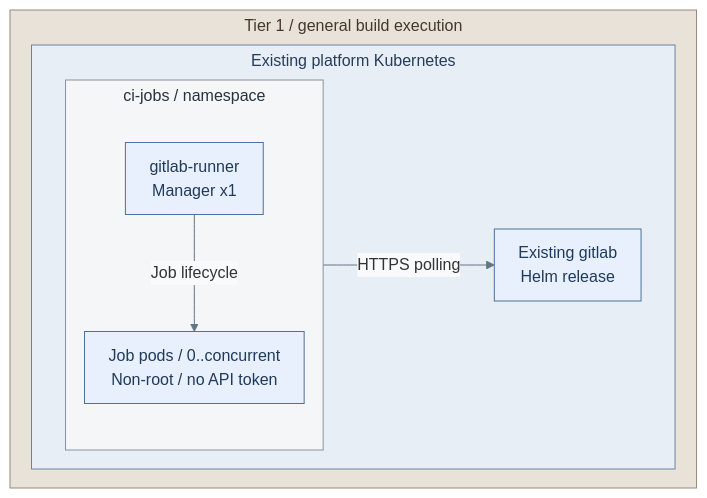
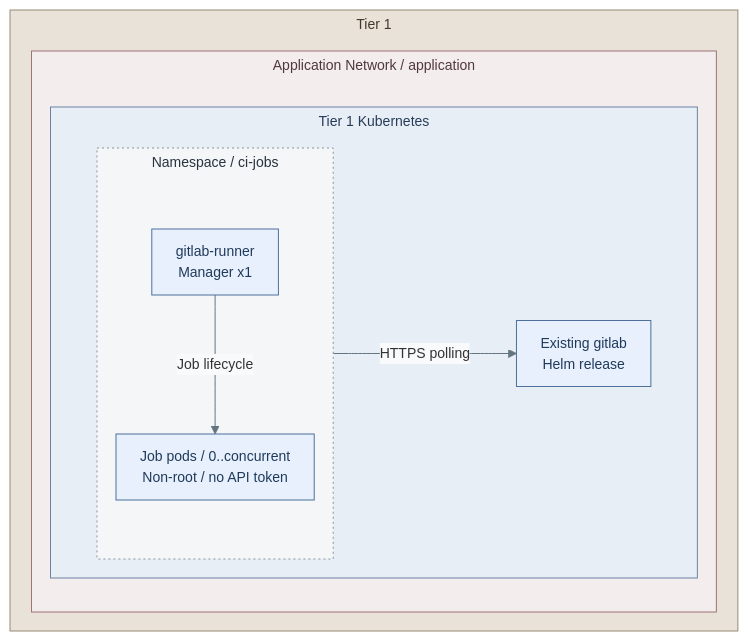
Before and after one commit to Rexus/homelab: the third of 4 diagrams in docs/03-deployment/stage-9-development/README.md, drawn with Mermaid. The commit also changed other lines of this file and 124 other files, not shown here.

First line of the commit message:
fix(platform): align service diagrams and directory failover

````diff
--- a/docs/03-deployment/stage-9-development/README.md
+++ b/docs/03-deployment/stage-9-development/README.md
@@ -431,27 +454,32 @@
 ```mermaid
-%%{init: {"theme":"base","flowchart":{"nodeSpacing":18,"rankSpacing":18,"padding":12,"subGraphTitleMargin":{"top":4,"bottom":12}},"themeVariables":{"lineColor":"#627581","edgeLabelBackground":"#f8fafc"}}}%%
+%%{init: {"theme":"base","flowchart":{"nodeSpacing":18,"rankSpacing":18,"padding":12,"subGraphTitleMargin":{"top":4,"bottom":18}},"themeVariables":{"lineColor":"#627581","edgeLabelBackground":"#f8fafc","fontFamily":"Arial, sans-serif","fontSize":"14px"},"fontFamily":"Arial, sans-serif"}}%%
 flowchart TB
-  subgraph T1["Tier 1 / general build execution"]
+  subgraph T1["Tier 1"]
     direction LR
-    subgraph Cluster["Existing platform Kubernetes"]
-      direction LR
-      subgraph CI["ci-jobs / namespace"]
-        direction TB
-        Manager["gitlab-runner<br/>Manager x1"]
-        Jobs["Job pods / 0..concurrent<br/>Non-root / no API token"]
-        Manager -->|Job lifecycle| Jobs
+    subgraph ApplicationNetwork["Application Network / application"]
+      subgraph Cluster["Tier 1 Kubernetes"]
+        direction LR
+        subgraph CI["Namespace / ci-jobs"]
+          direction TB
+          Manager["gitlab-runner<br/>Manager x1"]
+          Jobs["Job pods / 0..concurrent<br/>Non-root / no API token"]
+          Manager -->|Job lifecycle| Jobs
+        end
+        Git["Existing gitlab<br/>Helm release"]
+        Manager -->|HTTPS polling| Git
       end
-      Git["Existing gitlab<br/>Helm release"]
-      CI -->|HTTPS polling| Git
     end
   end
   classDef default fill:#f8fafc,stroke:#64748b,color:#1f2937
   classDef services fill:#e7f0fc,stroke:#4d719b,color:#203a5b
-  classDef group fill:#f5f6f7,stroke:#89939e,color:#273340
+  classDef group fill:#f5f6f7,stroke:#89939e,color:#273340,stroke-dasharray:2 3
   classDef kubernetes fill:#e8eef6,stroke:#6b83a3,color:#263d59
   class Git,Manager,Jobs services
   class CI group
   class Cluster kubernetes
   classDef tier1 fill:#e9e2d8,stroke:#968976,color:#44382a
   class T1 tier1
+  classDef zoneServices fill:#e1eaf6,stroke:#4d719b,color:#203a5b
+  classDef network fill:#f4eded,stroke:#9b7378,color:#50383d
+  class ApplicationNetwork network
 ```
````
